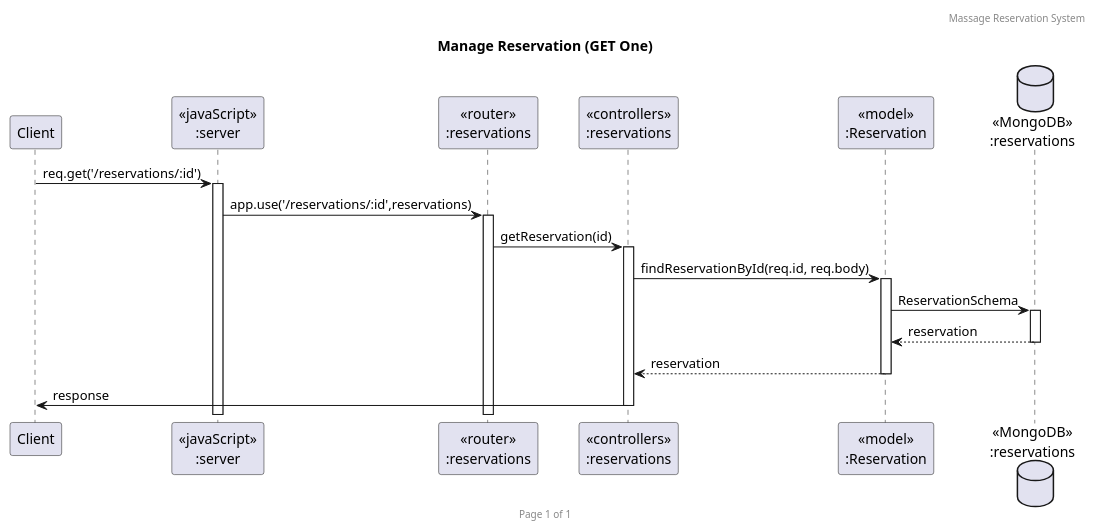
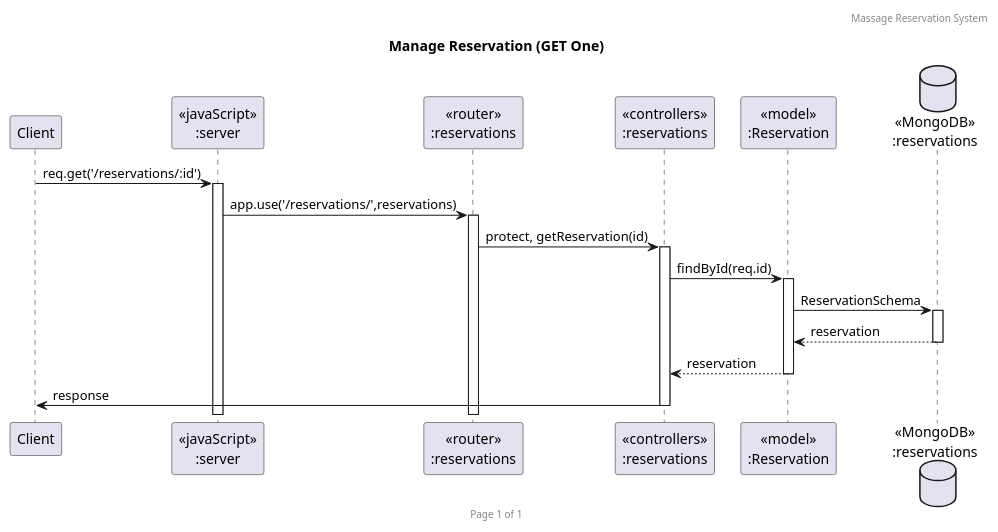
Before and after one commit to 2110503TACEDT66/presentation-day-1-kalaeksi-phloeng-rachan: the diagram in uml/SequenceDiagram/Reservation/get.puml, drawn with PlantUML. The commit also changed 9 other files, not shown here.

Commit message:
fix uml diagram

```diff
--- a/uml/SequenceDiagram/Reservation/get.puml
+++ b/uml/SequenceDiagram/Reservation/get.puml
@@ -1,23 +1,23 @@
 @startuml Manage Reservation (GET One)
 
 header Massage Reservation System
 footer Page %page% of %lastpage%
 title "Manage Reservation (GET One)"
 
 participant "Client" as client
 participant "<<javaScript>>\n:server" as server
 participant "<<router>>\n:reservations" as routerReservations
 participant "<<controllers>>\n:reservations" as controllersReservations
 participant "<<model>>\n:Reservation" as modelReservation
 database "<<MongoDB>>\n:reservations" as ReservationsDatabase
 
 client->server ++:req.get('/reservations/:id')
-server->routerReservations ++:app.use('/reservations/:id',reservations)
-routerReservations -> controllersReservations ++:getReservation(id)
-controllersReservations->modelReservation ++:findReservationById(req.id, req.body)
+server->routerReservations ++:app.use('/reservations/',reservations)
+routerReservations -> controllersReservations ++:protect, getReservation(id)
+controllersReservations->modelReservation ++:findById(req.id)
 modelReservation ->ReservationsDatabase ++: ReservationSchema
 ReservationsDatabase --> modelReservation --: reservation
 controllersReservations <-- modelReservation --:reservation
 controllersReservations->client --:response
 
 @enduml
```
